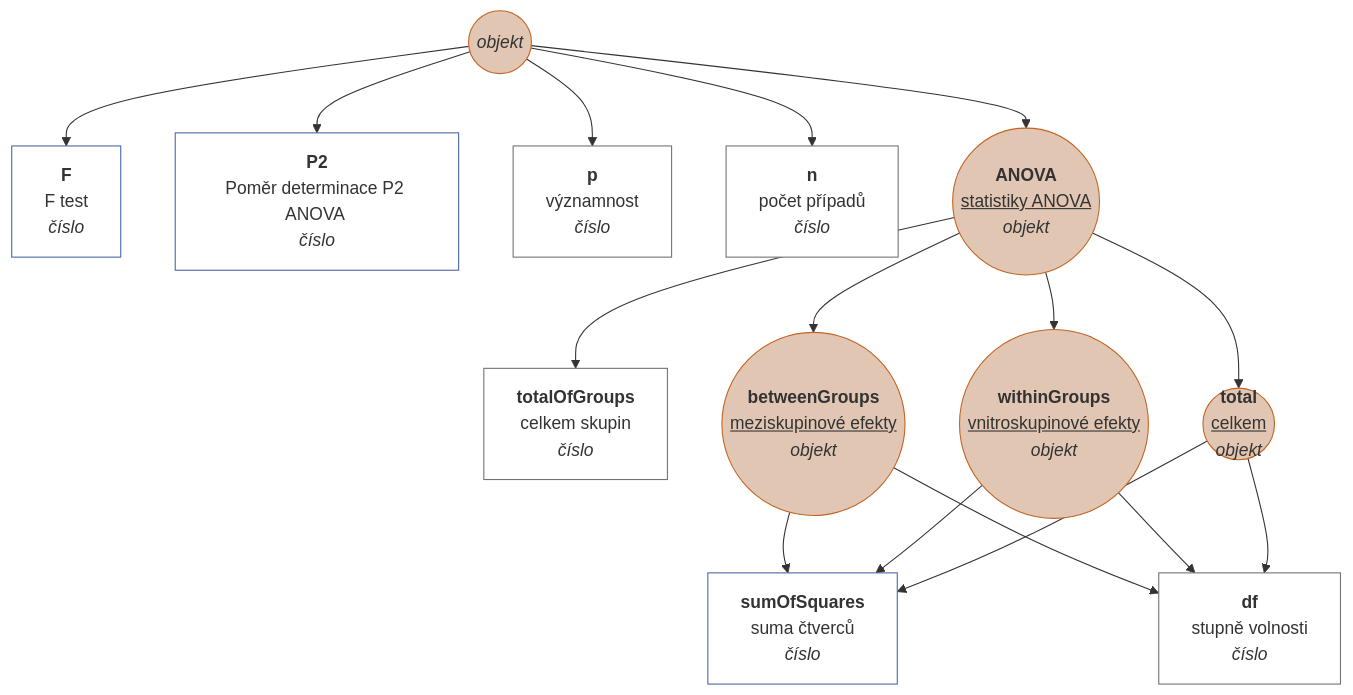
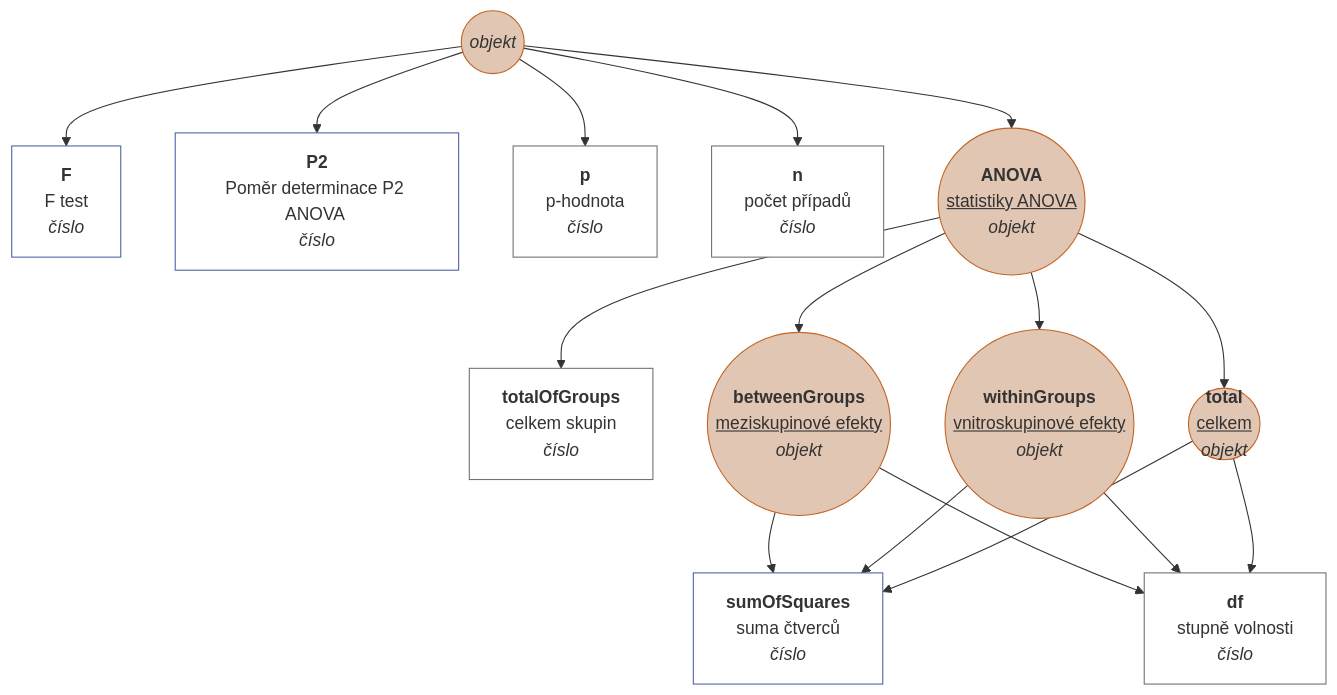
Before and after one commit to muzikp/retusa: diagram 32 of 38 in docs/cs-CZ.md, drawn with Mermaid. The commit also changed other lines of this file and 8 other files, not shown here.

````diff
--- a/docs/cs-CZ.md
+++ b/docs/cs-CZ.md
@@ -1180,56 +1180,56 @@
 ```mermaid
 graph TD
 anovaow((<i>objekt</i>))
 style anovaow fill:#E1C6B3;
 style anovaow stroke:#C36422;
 anovaow --> F[<b>F</b><br>F test <br><i>číslo</i>]
 style F fill:#FFFFFF;
 style F stroke:#4967A4;
 anovaow --> P2[<b>P2</b><br>Poměr determinace P2 ANOVA <br><i>číslo</i>]
 style P2 fill:#FFFFFF;
 style P2 stroke:#4967A4;
-anovaow --> p[<b>p</b><br>významnost <br><i>číslo</i>]
+anovaow --> p[<b>p</b><br>p-hodnota <br><i>číslo</i>]
 style p fill:#FFFFFF;
 style p stroke:#75716F;
 anovaow --> n[<b>n</b><br>počet případů <br><i>číslo</i>]
 style n fill:#FFFFFF;
 style n stroke:#75716F;
 anovaow --> ANOVA((<b>ANOVA</b><br><u>statistiky ANOVA</u>))
 ANOVA((<b>ANOVA</b><br><u>statistiky ANOVA</u><br><i>objekt</i>))
 style ANOVA fill:#E1C6B3;
 style ANOVA stroke:#C36422;
 ANOVA --> totalOfGroups[<b>totalOfGroups</b><br>celkem skupin <br><i>číslo</i>]
 style totalOfGroups fill:#FFFFFF;
 style totalOfGroups stroke:#75716F;
 ANOVA --> betweenGroups((<b>betweenGroups</b><br><u>meziskupinové efekty</u>))
 betweenGroups((<b>betweenGroups</b><br><u>meziskupinové efekty</u><br><i>objekt</i>))
 style betweenGroups fill:#E1C6B3;
 style betweenGroups stroke:#C36422;
 betweenGroups --> sumOfSquares[<b>sumOfSquares</b><br>suma čtverců <br><i>číslo</i>]
 style sumOfSquares fill:#FFFFFF;
 style sumOfSquares stroke:#4967A4;
 betweenGroups --> df[<b>df</b><br>stupně volnosti <br><i>číslo</i>]
 style df fill:#FFFFFF;
 style df stroke:#75716F;
 ANOVA --> withinGroups((<b>withinGroups</b><br><u>vnitroskupinové efekty</u>))
 withinGroups((<b>withinGroups</b><br><u>vnitroskupinové efekty</u><br><i>objekt</i>))
 style withinGroups fill:#E1C6B3;
 style withinGroups stroke:#C36422;
 withinGroups --> sumOfSquares[<b>sumOfSquares</b><br>suma čtverců <br><i>číslo</i>]
 style sumOfSquares fill:#FFFFFF;
 style sumOfSquares stroke:#4967A4;
 withinGroups --> df[<b>df</b><br>stupně volnosti <br><i>číslo</i>]
 style df fill:#FFFFFF;
 style df stroke:#75716F;
 ANOVA --> total((<b>total</b><br><u>celkem</u>))
 total((<b>total</b><br><u>celkem</u><br><i>objekt</i>))
 style total fill:#E1C6B3;
 style total stroke:#C36422;
 total --> sumOfSquares[<b>sumOfSquares</b><br>suma čtverců <br><i>číslo</i>]
 style sumOfSquares fill:#FFFFFF;
 style sumOfSquares stroke:#4967A4;
 total --> df[<b>df</b><br>stupně volnosti <br><i>číslo</i>]
 style df fill:#FFFFFF;
 style df stroke:#75716F;
 
 ```
````
